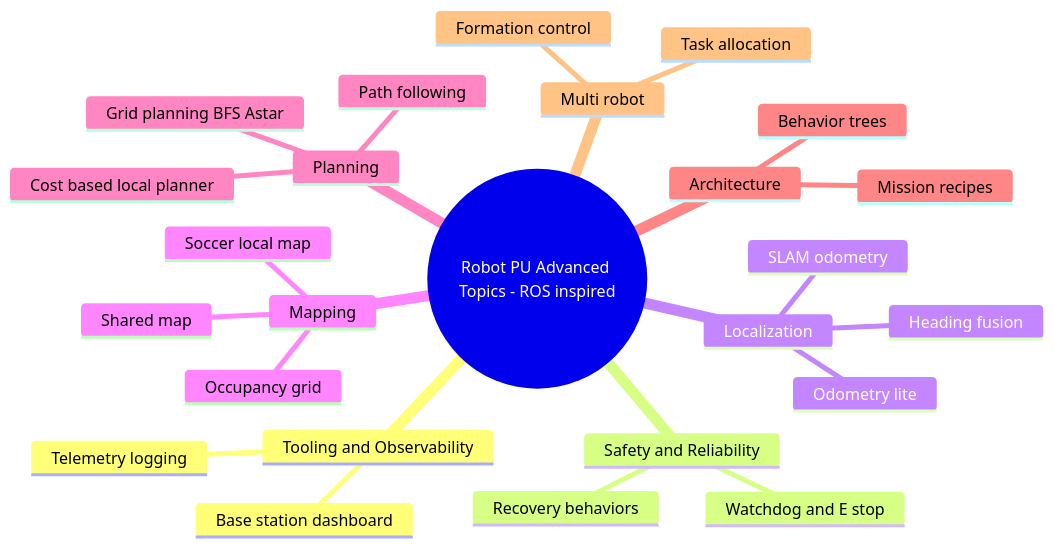
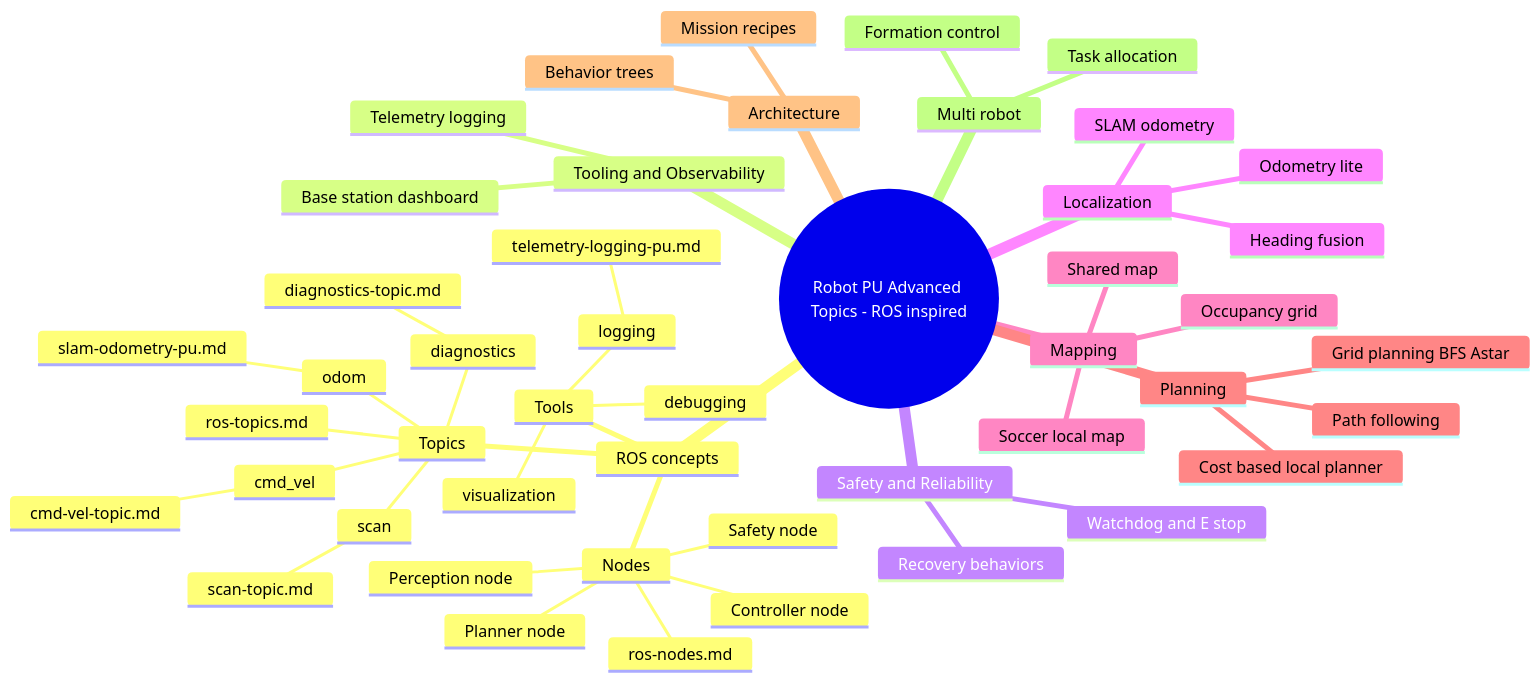
Before and after one commit to robotgyms/pxt-robotpu: the second of 2 diagrams in tutorials/JavaScripts/README.md, drawn with Mermaid. The commit also changed other lines of this file and 6 other files, not shown here.

````diff
--- a/tutorials/JavaScripts/README.md
+++ b/tutorials/JavaScripts/README.md
@@ -91,28 +91,50 @@
 ```mermaid
 mindmap
   root((Robot PU Advanced Topics - ROS inspired))
+    ROS concepts
+      Nodes
+        ros-nodes.md
+        Perception node
+        Planner node
+        Controller node
+        Safety node
+      Topics
+        ros-topics.md
+        odom
+          slam-odometry-pu.md
+        scan
+          scan-topic.md
+        cmd_vel
+          cmd-vel-topic.md
+        diagnostics
+          diagnostics-topic.md
+      Tools
+        visualization
+        logging
+          telemetry-logging-pu.md
+        debugging
     Tooling and Observability
       Telemetry logging
       Base station dashboard
     Safety and Reliability
       Watchdog and E stop
       Recovery behaviors
     Localization
       Odometry lite
       Heading fusion
       SLAM odometry
     Mapping
       Occupancy grid
       Shared map
       Soccer local map
     Planning
       Grid planning BFS Astar
       Path following
       Cost based local planner
     Architecture
       Behavior trees
       Mission recipes
     Multi robot
       Task allocation
       Formation control
 ```
````
